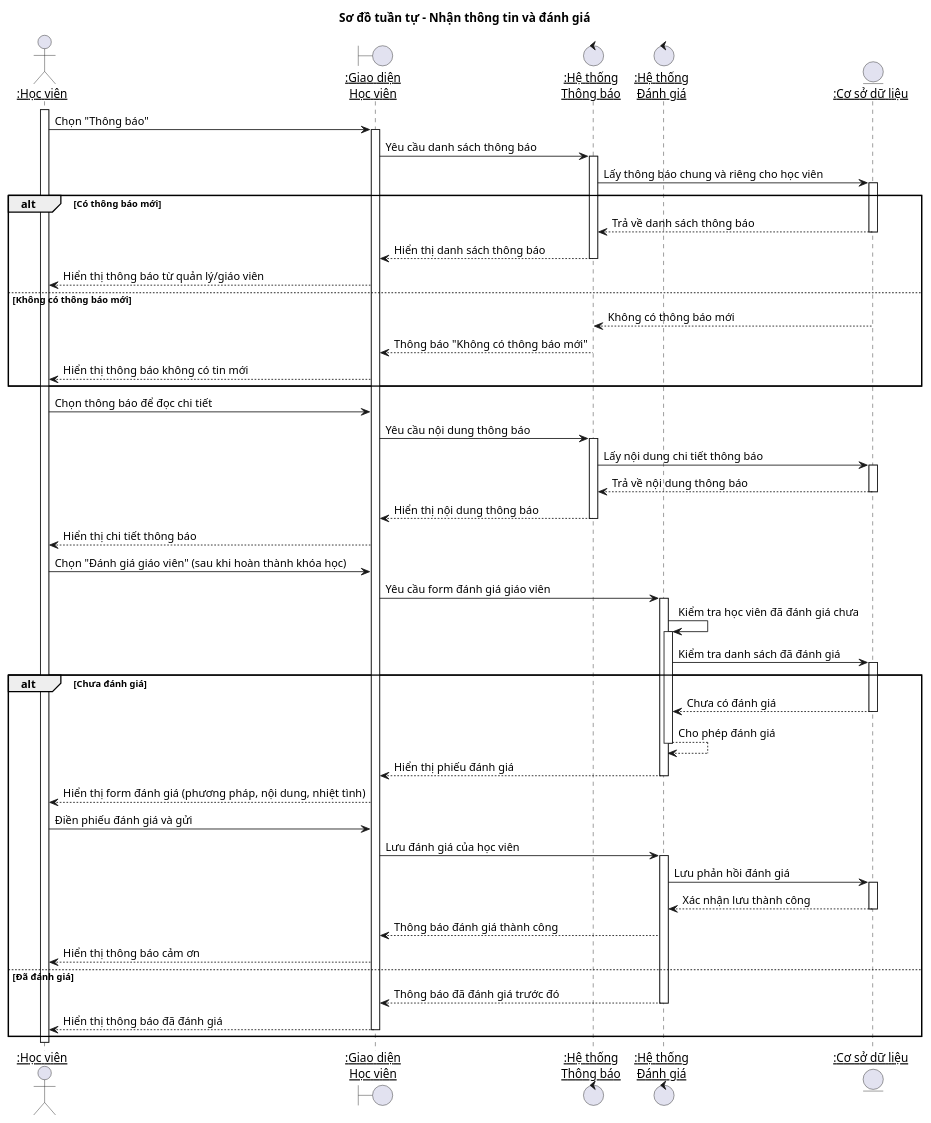
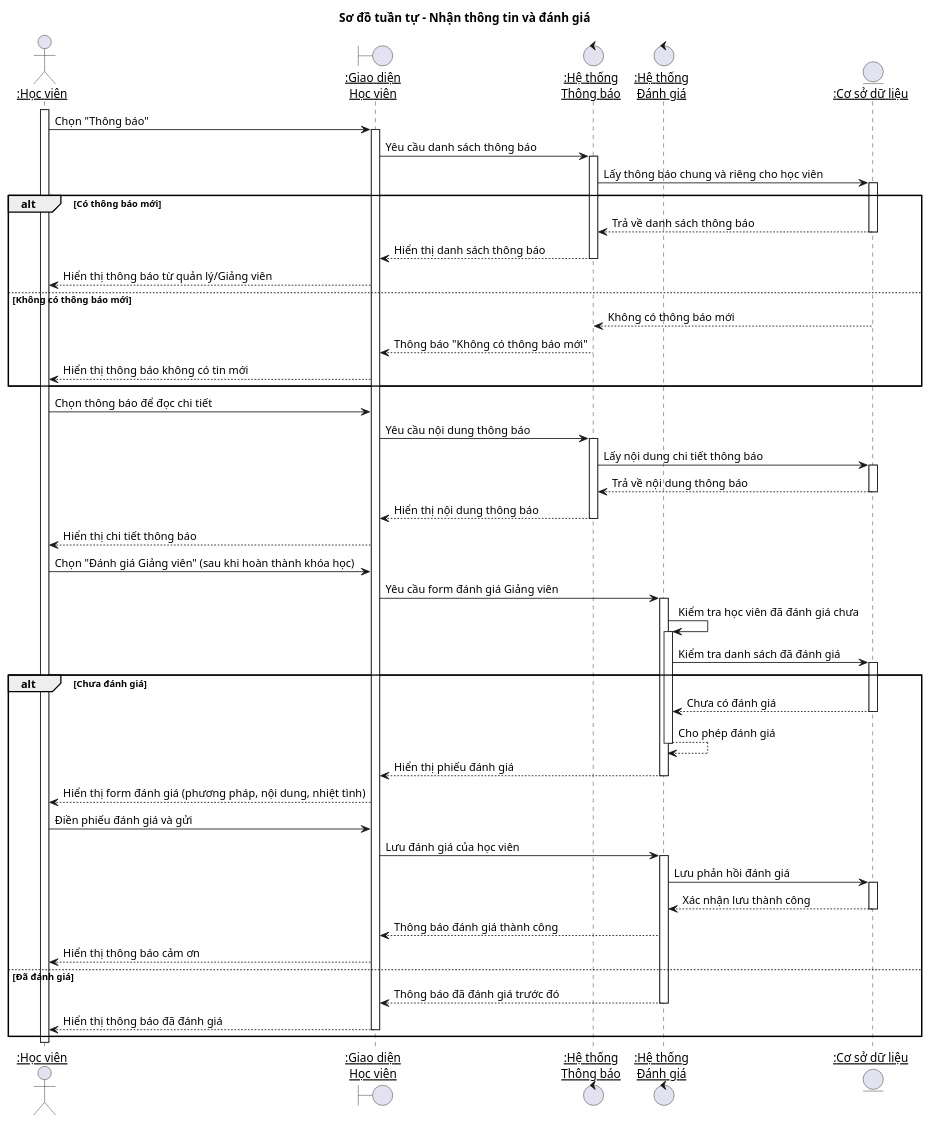
The diagram in sqd/nhanthongtinvadanhgia.puml (pTBgH/pttkht), drawn with PlantUML before and after one commit. The commit also changed 23 other files, not shown here.

```diff
--- a/sqd/nhanthongtinvadanhgia.puml
+++ b/sqd/nhanthongtinvadanhgia.puml
@@ -1,82 +1,82 @@
 @startuml
 title Sơ đồ tuần tự - Nhận thông tin và đánh giá
 
 skinparam participantPadding 20
 skinparam boxPadding 10
 
 actor "<u>:Học viên" as Student
 boundary "<u>:Giao diện\n<u>Học viên" as UI
 control "<u>:Hệ thống\n<u>Thông báo" as NotificationSystem
 control "<u>:Hệ thống\n<u>Đánh giá" as EvaluationSystem
 entity "<u>:Cơ sở dữ liệu" as DB
 
 activate Student
 Student -> UI: Chọn "Thông báo"
 activate UI
 UI -> NotificationSystem: Yêu cầu danh sách thông báo
 activate NotificationSystem
 NotificationSystem -> DB: Lấy thông báo chung và riêng cho học viên
 activate DB
 
 alt Có thông báo mới
     DB --> NotificationSystem: Trả về danh sách thông báo
     deactivate DB
     NotificationSystem --> UI: Hiển thị danh sách thông báo
     deactivate NotificationSystem
-    UI --> Student: Hiển thị thông báo từ quản lý/giáo viên
+    UI --> Student: Hiển thị thông báo từ quản lý/Giảng viên
 else Không có thông báo mới
     DB --> NotificationSystem: Không có thông báo mới
     deactivate DB
     NotificationSystem --> UI: Thông báo "Không có thông báo mới"
     deactivate NotificationSystem
     UI --> Student: Hiển thị thông báo không có tin mới
 end
 
 Student -> UI: Chọn thông báo để đọc chi tiết
 UI -> NotificationSystem: Yêu cầu nội dung thông báo
 activate NotificationSystem
 NotificationSystem -> DB: Lấy nội dung chi tiết thông báo
 activate DB
 DB --> NotificationSystem: Trả về nội dung thông báo
 deactivate DB
 NotificationSystem --> UI: Hiển thị nội dung thông báo
 deactivate NotificationSystem
 UI --> Student: Hiển thị chi tiết thông báo
 
-Student -> UI: Chọn "Đánh giá giáo viên" (sau khi hoàn thành khóa học)
-UI -> EvaluationSystem: Yêu cầu form đánh giá giáo viên
+Student -> UI: Chọn "Đánh giá Giảng viên" (sau khi hoàn thành khóa học)
+UI -> EvaluationSystem: Yêu cầu form đánh giá Giảng viên
 activate EvaluationSystem
 EvaluationSystem -> EvaluationSystem: Kiểm tra học viên đã đánh giá chưa
 activate EvaluationSystem
 EvaluationSystem -> DB: Kiểm tra danh sách đã đánh giá
 activate DB
 
 alt Chưa đánh giá
     DB --> EvaluationSystem: Chưa có đánh giá
     deactivate DB
     EvaluationSystem --> EvaluationSystem: Cho phép đánh giá
     deactivate EvaluationSystem
     EvaluationSystem --> UI: Hiển thị phiếu đánh giá
     deactivate EvaluationSystem
     UI --> Student: Hiển thị form đánh giá (phương pháp, nội dung, nhiệt tình)
     
     Student -> UI: Điền phiếu đánh giá và gửi
     UI -> EvaluationSystem: Lưu đánh giá của học viên
     activate EvaluationSystem
     EvaluationSystem -> DB: Lưu phản hồi đánh giá
     activate DB
     DB --> EvaluationSystem: Xác nhận lưu thành công
     deactivate DB
     EvaluationSystem --> UI: Thông báo đánh giá thành công
     UI --> Student: Hiển thị thông báo cảm ơn
 else Đã đánh giá
     EvaluationSystem --> UI: Thông báo đã đánh giá trước đó
     deactivate EvaluationSystem
     UI --> Student: Hiển thị thông báo đã đánh giá
     deactivate UI
 
 end
 
 deactivate Student
 
 @enduml
```
